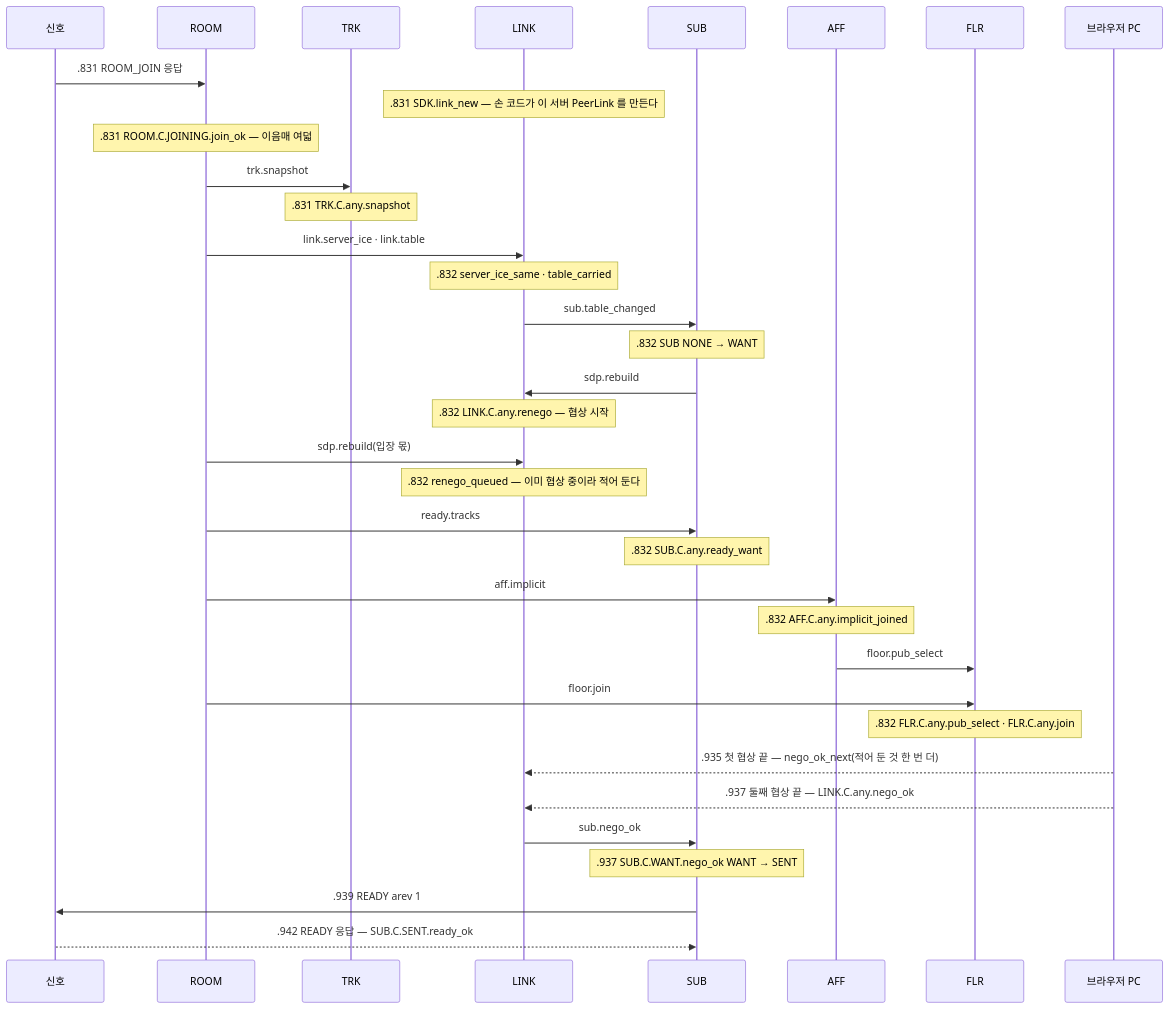
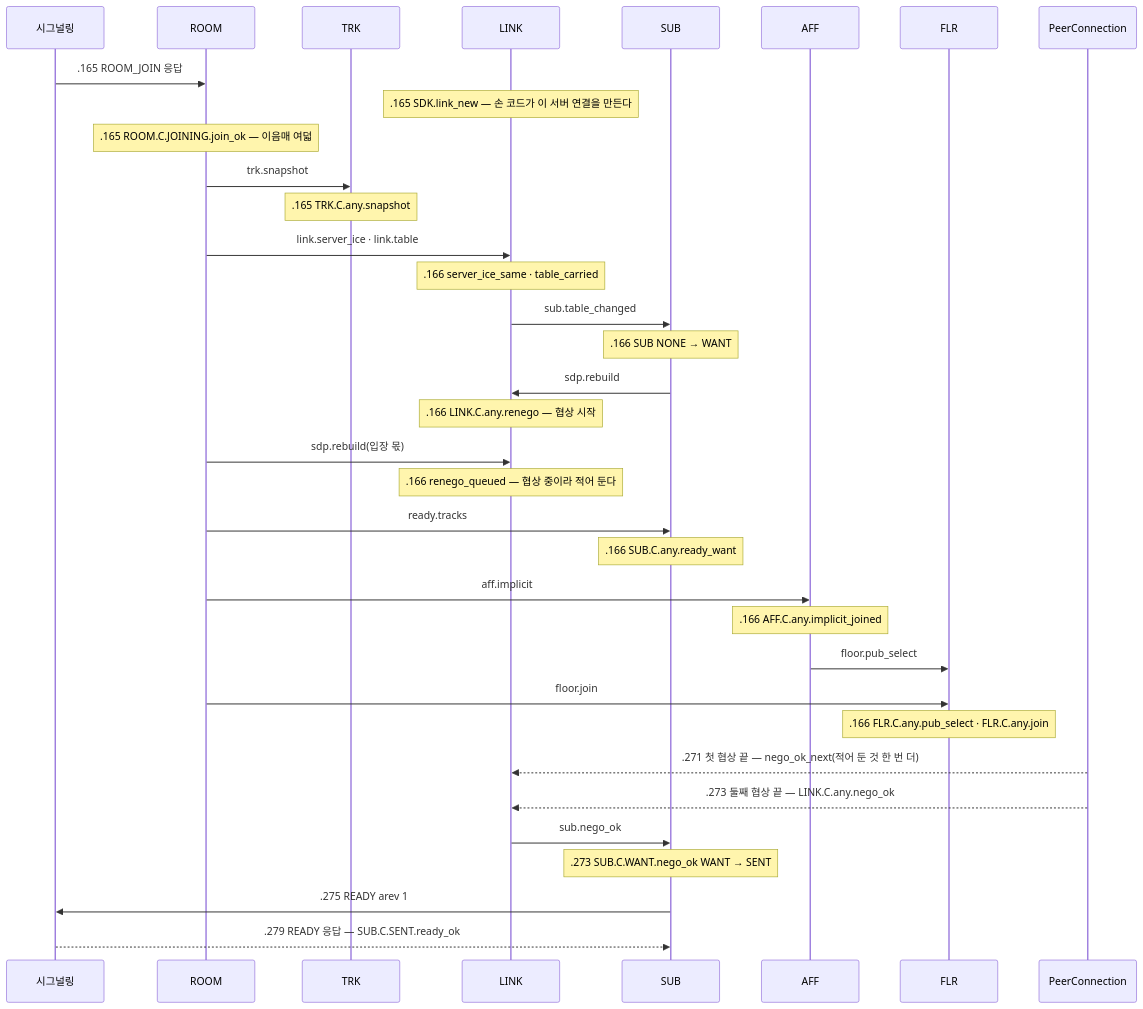
Before and after one commit to kodeholic9/oxlens-sfu: the third of 6 diagrams in docs/learn/15_SDK_INSIDE.md, drawn with Mermaid. The commit also changed other lines of this file and 19 other files, not shown here.

````diff
--- a/docs/learn/15_SDK_INSIDE.md
+++ b/docs/learn/15_SDK_INSIDE.md
@@ -84,37 +145,37 @@
 ```mermaid
 sequenceDiagram
-  participant W as 신호
+  participant W as 시그널링
   participant R as ROOM
   participant T as TRK
   participant L as LINK
   participant U as SUB
   participant A as AFF
   participant F as FLR
-  participant P as 브라우저 PC
-  W->>R: .831 ROOM_JOIN 응답
-  Note over L: .831 SDK.link_new — 손 코드가 이 서버 PeerLink 를 만든다
-  Note over R: .831 ROOM.C.JOINING.join_ok — 이음매 여덟
+  participant P as PeerConnection
+  W->>R: .165 ROOM_JOIN 응답
+  Note over L: .165 SDK.link_new — 손 코드가 이 서버 연결을 만든다
+  Note over R: .165 ROOM.C.JOINING.join_ok — 이음매 여덟
   R->>T: trk.snapshot
-  Note over T: .831 TRK.C.any.snapshot
+  Note over T: .165 TRK.C.any.snapshot
   R->>L: link.server_ice · link.table
-  Note over L: .832 server_ice_same · table_carried
+  Note over L: .166 server_ice_same · table_carried
   L->>U: sub.table_changed
-  Note over U: .832 SUB NONE → WANT
+  Note over U: .166 SUB NONE → WANT
   U->>L: sdp.rebuild
-  Note over L: .832 LINK.C.any.renego — 협상 시작
+  Note over L: .166 LINK.C.any.renego — 협상 시작
   R->>L: sdp.rebuild(입장 몫)
-  Note over L: .832 renego_queued — 이미 협상 중이라 적어 둔다
+  Note over L: .166 renego_queued — 협상 중이라 적어 둔다
   R->>U: ready.tracks
-  Note over U: .832 SUB.C.any.ready_want
+  Note over U: .166 SUB.C.any.ready_want
   R->>A: aff.implicit
-  Note over A: .832 AFF.C.any.implicit_joined
+  Note over A: .166 AFF.C.any.implicit_joined
   A->>F: floor.pub_select
   R->>F: floor.join
-  Note over F: .832 FLR.C.any.pub_select · FLR.C.any.join
-  P-->>L: .935 첫 협상 끝 — nego_ok_next(적어 둔 것 한 번 더)
-  P-->>L: .937 둘째 협상 끝 — LINK.C.any.nego_ok
+  Note over F: .166 FLR.C.any.pub_select · FLR.C.any.join
+  P-->>L: .271 첫 협상 끝 — nego_ok_next(적어 둔 것 한 번 더)
+  P-->>L: .273 둘째 협상 끝 — LINK.C.any.nego_ok
   L->>U: sub.nego_ok
-  Note over U: .937 SUB.C.WANT.nego_ok WANT → SENT
-  U->>W: .939 READY arev 1
-  W-->>U: .942 READY 응답 — SUB.C.SENT.ready_ok
+  Note over U: .273 SUB.C.WANT.nego_ok WANT → SENT
+  U->>W: .275 READY arev 1
+  W-->>U: .279 READY 응답 — SUB.C.SENT.ready_ok
 ```
````
